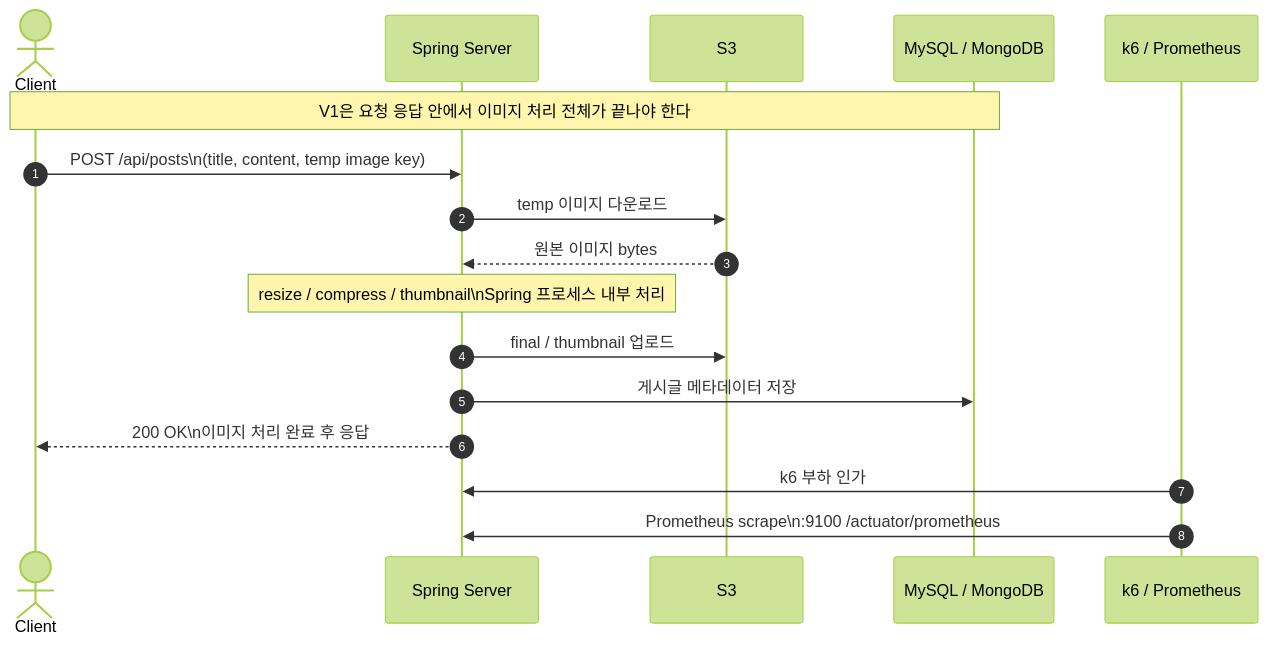
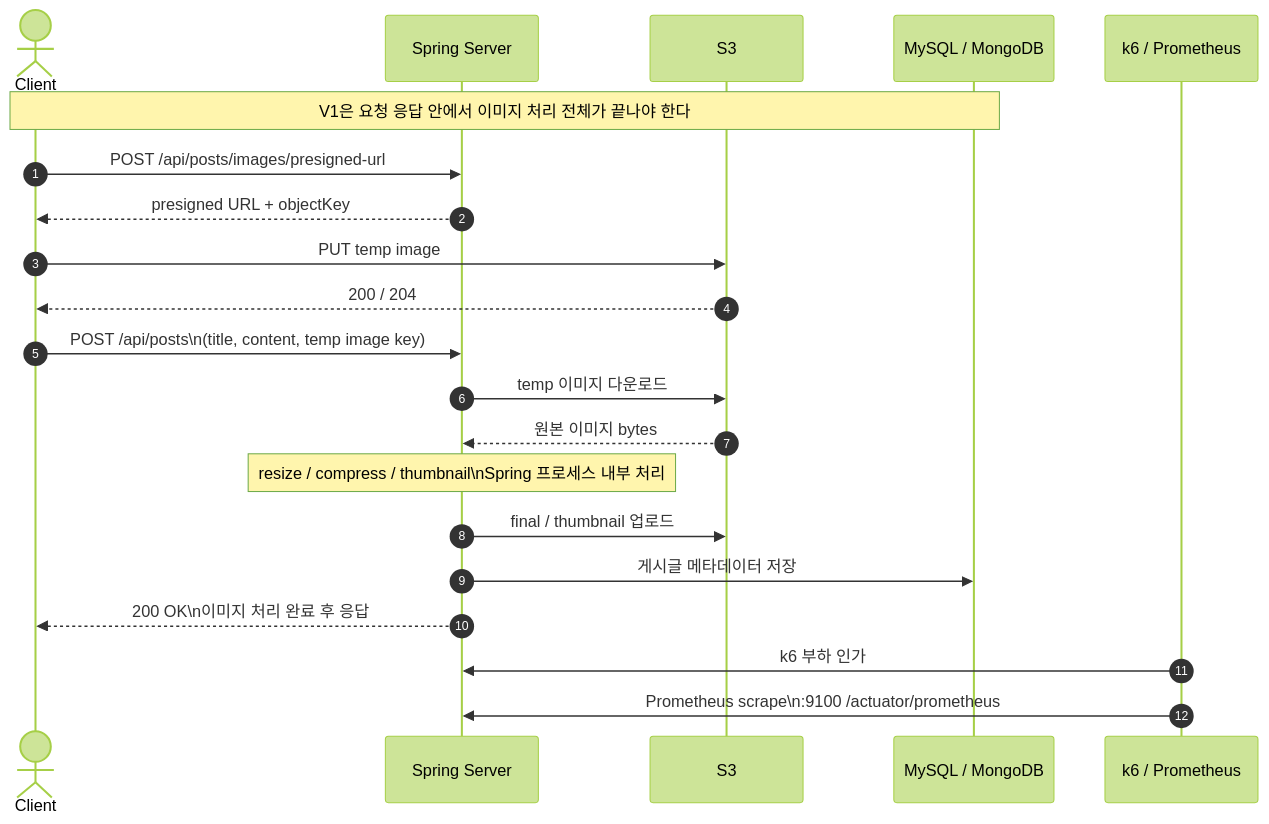
One commit to 100-hours-a-week/3-logan-cho-community-BE changed the first of 2 diagrams in docs/experiments/diagrams/image-pipeline-v1-v2-sequence.md. Above: the diagram before and after it, drawn with Mermaid (forest theme). The commit also changed other lines of this file and 50 other files, not shown here.

````diff
--- a/docs/experiments/diagrams/image-pipeline-v1-v2-sequence.md
+++ b/docs/experiments/diagrams/image-pipeline-v1-v2-sequence.md
@@ -5,22 +5,26 @@
 ```mermaid
 sequenceDiagram
     autonumber
     actor Client
     participant Spring as Spring Server
     participant S3
     participant DB as MySQL / MongoDB
     participant Obs as k6 / Prometheus
 
     Note over Client,DB: V1은 요청 응답 안에서 이미지 처리 전체가 끝나야 한다
 
+    Client->>Spring: POST /api/posts/images/presigned-url
+    Spring-->>Client: presigned URL + objectKey
+    Client->>S3: PUT temp image
+    S3-->>Client: 200 / 204
     Client->>Spring: POST /api/posts\n(title, content, temp image key)
     Spring->>S3: temp 이미지 다운로드
     S3-->>Spring: 원본 이미지 bytes
     Note over Spring: resize / compress / thumbnail\nSpring 프로세스 내부 처리
     Spring->>S3: final / thumbnail 업로드
     Spring->>DB: 게시글 메타데이터 저장
     Spring-->>Client: 200 OK\n이미지 처리 완료 후 응답
 
     Obs->>Spring: k6 부하 인가
     Obs->>Spring: Prometheus scrape\n:9100 /actuator/prometheus
 ```
````
